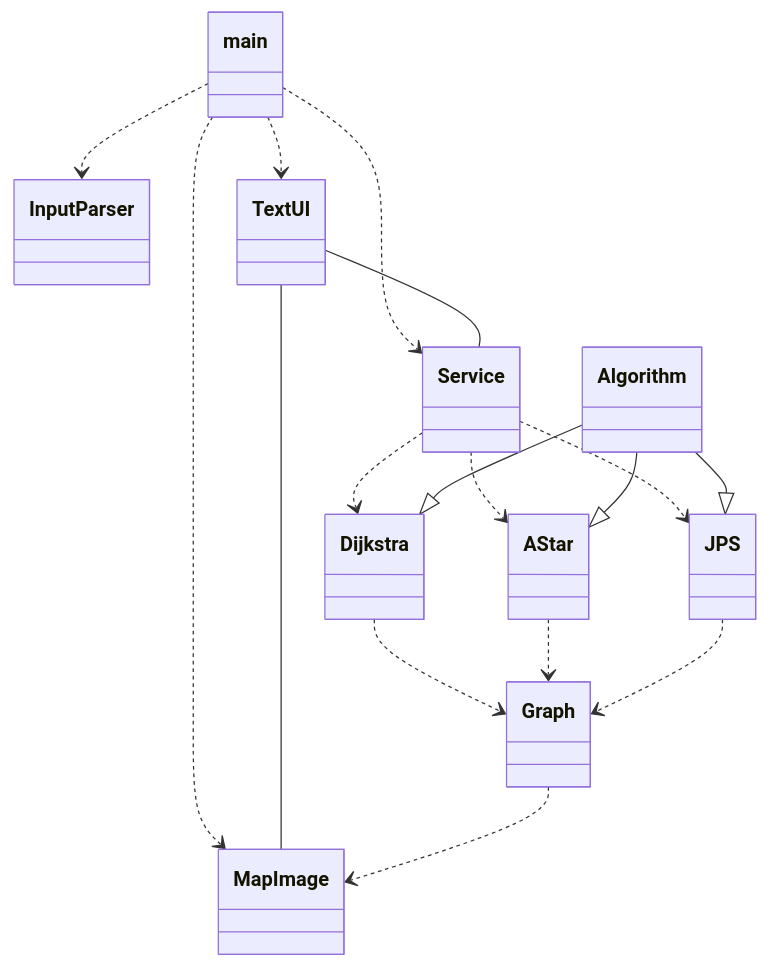
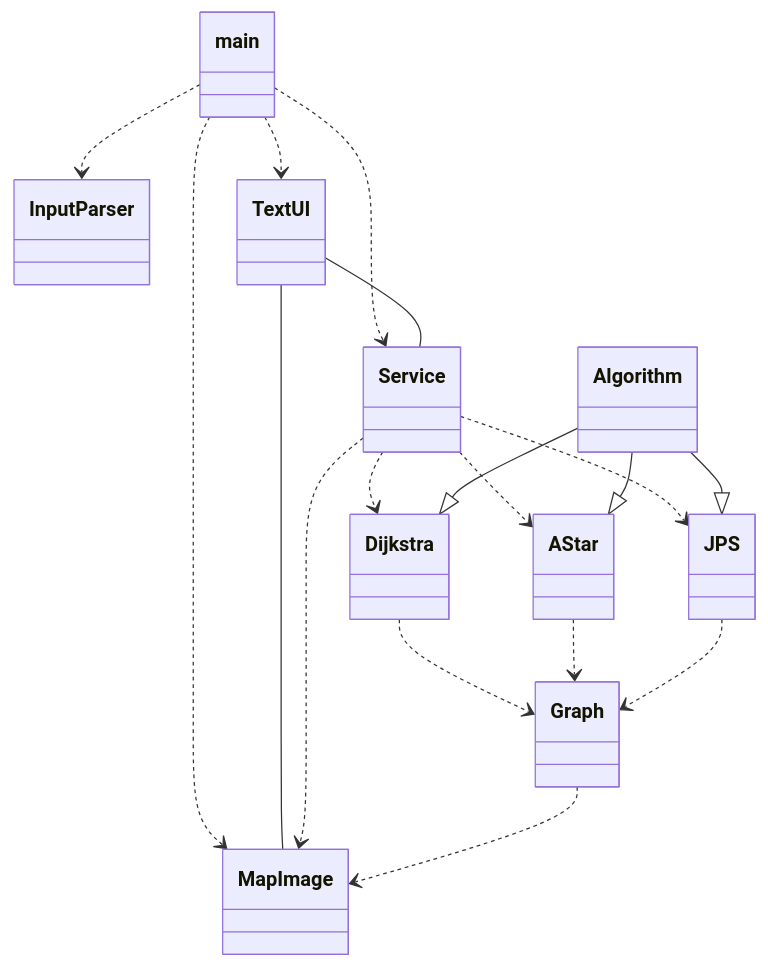
Before and after one commit to antonlep/shortest-path: the diagram in documentation/implementation.md, drawn with Mermaid.

````diff
--- a/documentation/implementation.md
+++ b/documentation/implementation.md
@@ -3,35 +3,36 @@
 ```mermaid
  classDiagram
       main ..> InputParser
       main ..> TextUI
       main ..> Service
       main ..> MapImage
       TextUI -- Service
       TextUI -- MapImage
       Service ..> Dijkstra
       Service ..> AStar
       Service ..> JPS
+      Service ..> MapImage
       Dijkstra ..> Graph
       AStar ..> Graph
       JPS ..> Graph
       Graph ..> MapImage
       Algorithm --|> Dijkstra
       Algorithm --|> AStar
       Algorithm --|> JPS
       class main{
       }
       class InputParser{
       }
       class Algorithm{
       }
       class MapImage{
       }
       class Graph{
       }
       class Dijkstra{
       }
       class AStar{
       }
       class JPS{
       }
 ```
````
